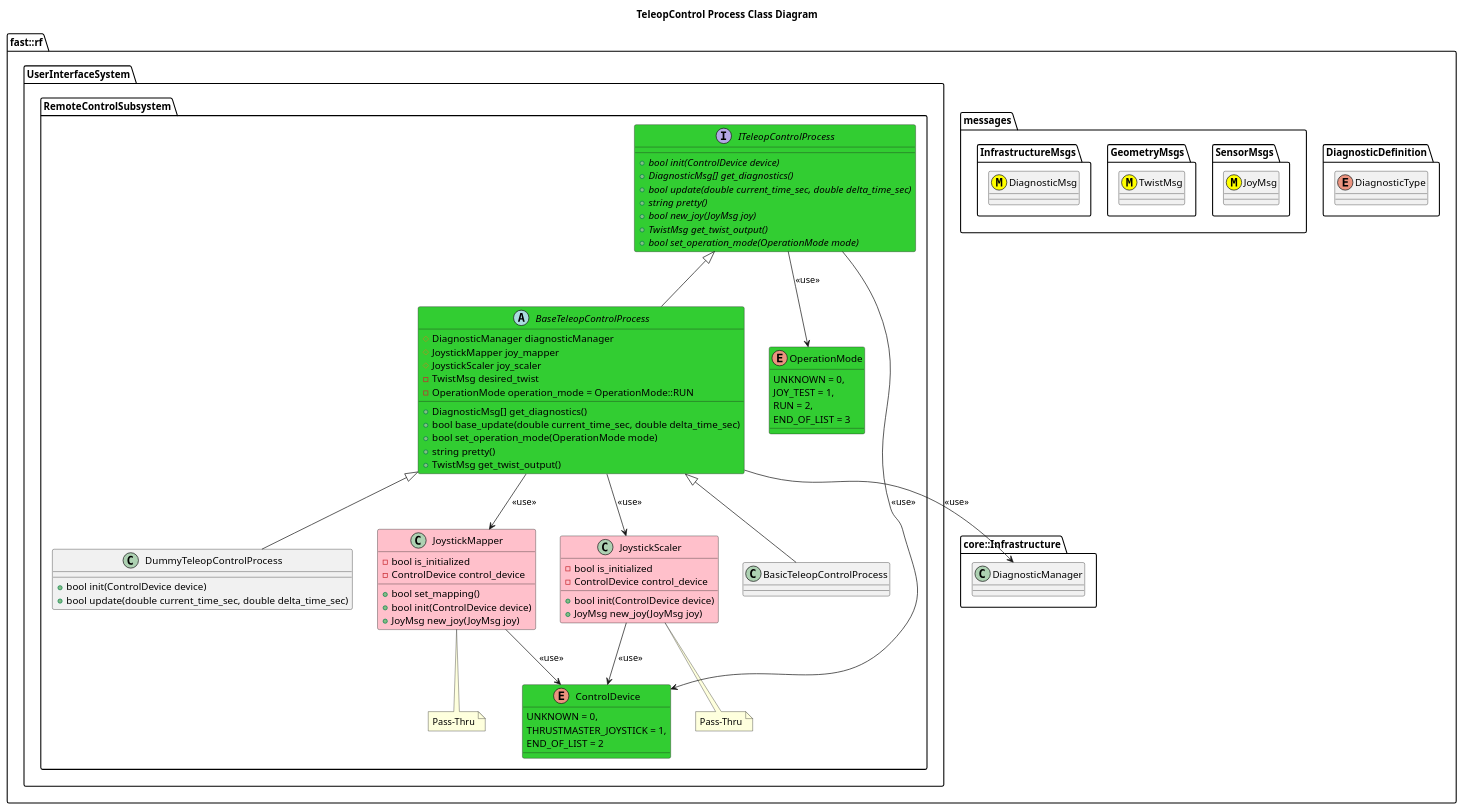
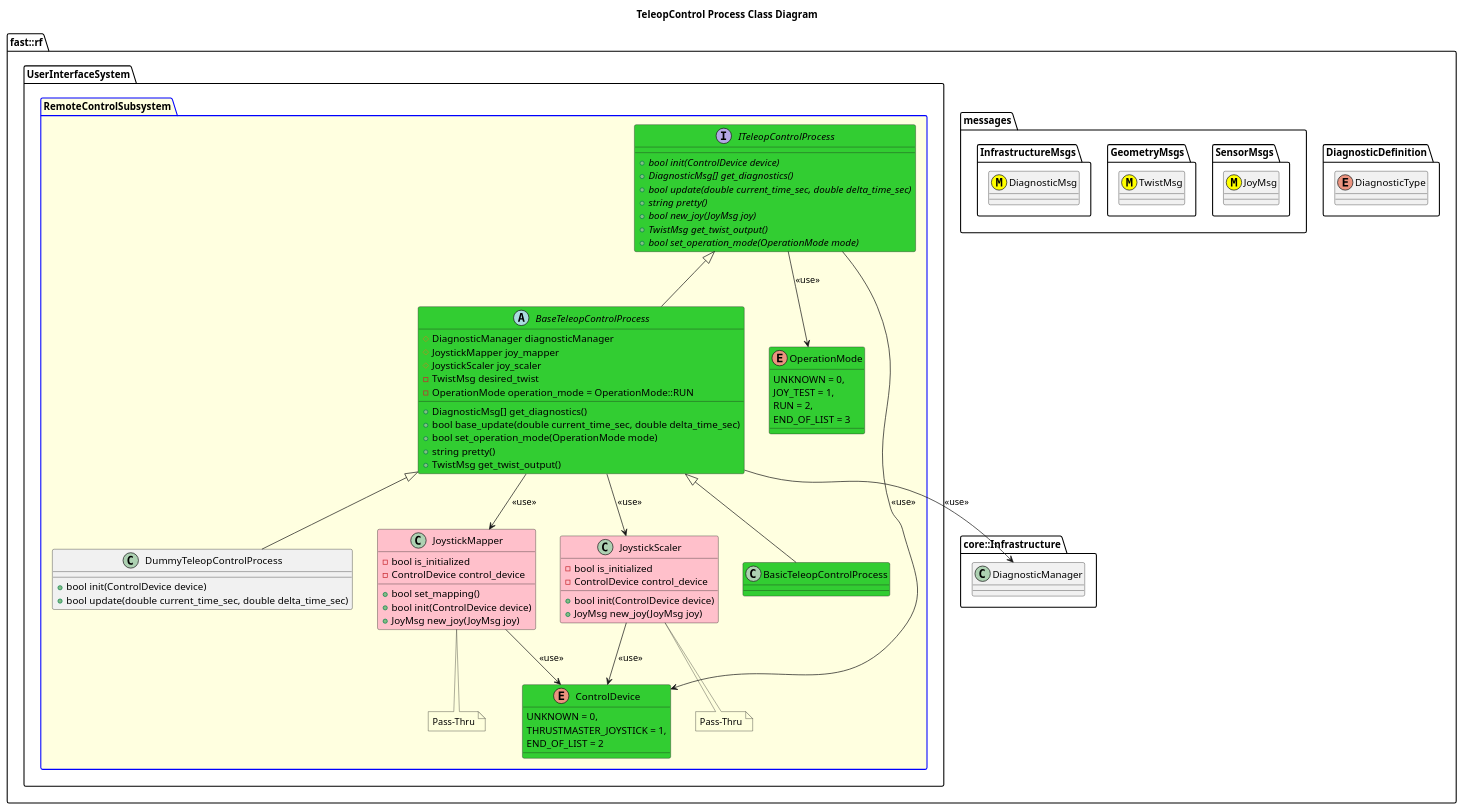
The diagram in Systems/UserInterface/Subsystems/RemoteControl/Processes/TeleopControl/doc/puml/TeleopControlProcessClassDiagram.puml (fastrobotics/robot_framework), drawn with PlantUML before and after one commit. The commit also changed 64 other files, not shown here.

```diff
--- a/Systems/UserInterface/Subsystems/RemoteControl/Processes/TeleopControl/doc/puml/TeleopControlProcessClassDiagram.puml
+++ b/Systems/UserInterface/Subsystems/RemoteControl/Processes/TeleopControl/doc/puml/TeleopControlProcessClassDiagram.puml
@@ -1,95 +1,96 @@
 @startuml
 title TeleopControl Process Class Diagram
 
 namespace fast::rf {
   namespace DiagnosticDefinition {
     enum DiagnosticType
   }
   namespace messages {
     namespace SensorMsgs {
       class JoyMsg <<(M,#FFFF00)>>
     }
     namespace GeometryMsgs {
       class TwistMsg <<(M,#FFFF00)>>
     }
     namespace InfrastructureMsgs {
       class DiagnosticMsg <<(M,#FFFF00)>>
     }
   }
   namespace core::Infrastructure {
     class DiagnosticManager
   }
   namespace UserInterfaceSystem {
-    namespace RemoteControlSubsystem {
+    package RemoteControlSubsystem #LightYellow;line:blue {
       enum OperationMode #LimeGreen {
         UNKNOWN = 0,
         JOY_TEST = 1,
         RUN = 2,
         END_OF_LIST = 3
       }
       enum ControlDevice #LimeGreen {
         UNKNOWN = 0,
         THRUSTMASTER_JOYSTICK = 1,
         END_OF_LIST = 2
       }
       interface ITeleopControlProcess #LimeGreen {
         +{abstract} bool init(ControlDevice device)
         +{abstract} DiagnosticMsg[] get_diagnostics()
         +{abstract} bool update(double current_time_sec, double delta_time_sec)
         +{abstract} string pretty()
         +{abstract} bool new_joy(JoyMsg joy)
         +{abstract} TwistMsg get_twist_output()
         +{abstract} bool set_operation_mode(OperationMode mode)
       }
       ITeleopControlProcess --> OperationMode: <<use>>
       ITeleopControlProcess --> ControlDevice: <<use>>
       class JoystickMapper #Pink {
         +bool set_mapping()
         +bool init(ControlDevice device)
         +JoyMsg new_joy(JoyMsg joy)
         -bool is_initialized
         -ControlDevice control_device
       }
       JoystickMapper --> ControlDevice: <<use>>
       note bottom of JoystickMapper
         Pass-Thru
       end note
       class JoystickScaler #Pink {
         +bool init(ControlDevice device)
         +JoyMsg new_joy(JoyMsg joy)
         -bool is_initialized
         -ControlDevice control_device
       }
       JoystickScaler --> ControlDevice: <<use>>
       note bottom of JoystickScaler
         Pass-Thru
       end note
       abstract BaseTeleopControlProcess #LimeGreen {
         +DiagnosticMsg[] get_diagnostics()
         +bool base_update(double current_time_sec, double delta_time_sec)
         +bool set_operation_mode(OperationMode mode)
         +string pretty()
         #DiagnosticManager diagnosticManager
         #JoystickMapper joy_mapper
         #JoystickScaler joy_scaler
         +TwistMsg get_twist_output()
         -TwistMsg desired_twist
         -OperationMode operation_mode = OperationMode::RUN
 
       }
       BaseTeleopControlProcess -up-|> ITeleopControlProcess
       BaseTeleopControlProcess --> DiagnosticManager: <<use>>
       BaseTeleopControlProcess --> JoystickMapper: <<use>>
       BaseTeleopControlProcess --> JoystickScaler: <<use>>
       
-      class BasicTeleopControlProcess
+      class BasicTeleopControlProcess #LimeGreen
       BasicTeleopControlProcess -up-|> BaseTeleopControlProcess
       class DummyTeleopControlProcess {
         +bool init(ControlDevice device)
         +bool update(double current_time_sec, double delta_time_sec)
       }
       DummyTeleopControlProcess -up-|> BaseTeleopControlProcess
+
     }
   }
 }
 @enduml
```
